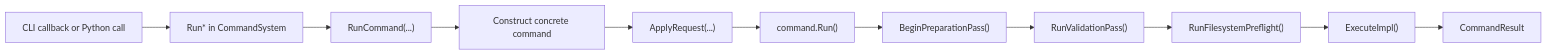
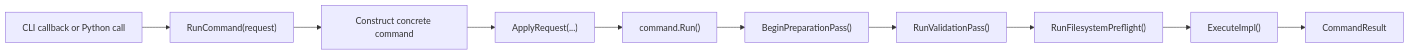
Before and after one commit to yslianTim/rhbm_gem: the diagram in docs/developer/architecture/command-architecture.md, drawn with Mermaid. The commit also changed other lines of this file and 14 other files, not shown here.

````diff
--- a/docs/developer/architecture/command-architecture.md
+++ b/docs/developer/architecture/command-architecture.md
@@ -90,13 +91,12 @@
 ```mermaid
 flowchart LR
-    A["CLI callback or Python call"] --> B["Run* in CommandSystem"]
-    B --> C["RunCommand(...)"]
-    C --> D["Construct concrete command"]
-    D --> E["ApplyRequest(...)"]
-    E --> F["command.Run()"]
-    F --> G["BeginPreparationPass()"]
-    G --> H["RunValidationPass()"]
-    H --> I["RunFilesystemPreflight()"]
-    I --> J["ExecuteImpl()"]
-    J --> K["CommandResult"]
+    A["CLI callback or Python call"] --> B["RunCommand(request)"]
+    B --> C["Construct concrete command"]
+    C --> D["ApplyRequest(...)"]
+    D --> E["command.Run()"]
+    E --> F["BeginPreparationPass()"]
+    F --> G["RunValidationPass()"]
+    G --> H["RunFilesystemPreflight()"]
+    H --> I["ExecuteImpl()"]
+    I --> J["CommandResult"]
 ```
````
